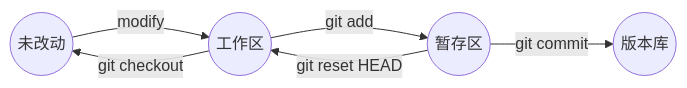
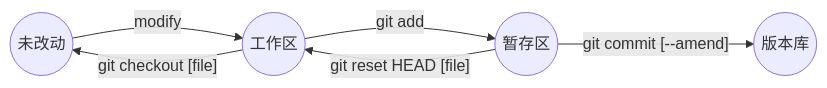
Before and after one commit to ZhouYuan123/PersonalNoteTaking: the first of 12 diagrams in Programming/Git.md, drawn with Mermaid. The commit also changed other lines of this file, not shown here.

````diff
--- a/Programming/Git.md
+++ b/Programming/Git.md
@@ -79,7 +101,7 @@
 ```mermaid
 graph LR;
     A((未改动)); B((工作区)); C((暂存区)); D((版本库));
-    A -->|modify|B -->|git add|C --> |git commit|D;
-    C -->|git reset HEAD|B;
-    B -->|git checkout|A
+    A -->|modify|B -->|git add|C --> |" git commit [--amend] "|D;
+    C -->|"git reset HEAD [file]"|B;
+    B -->|"git checkout [file]"|A
 ```
````
